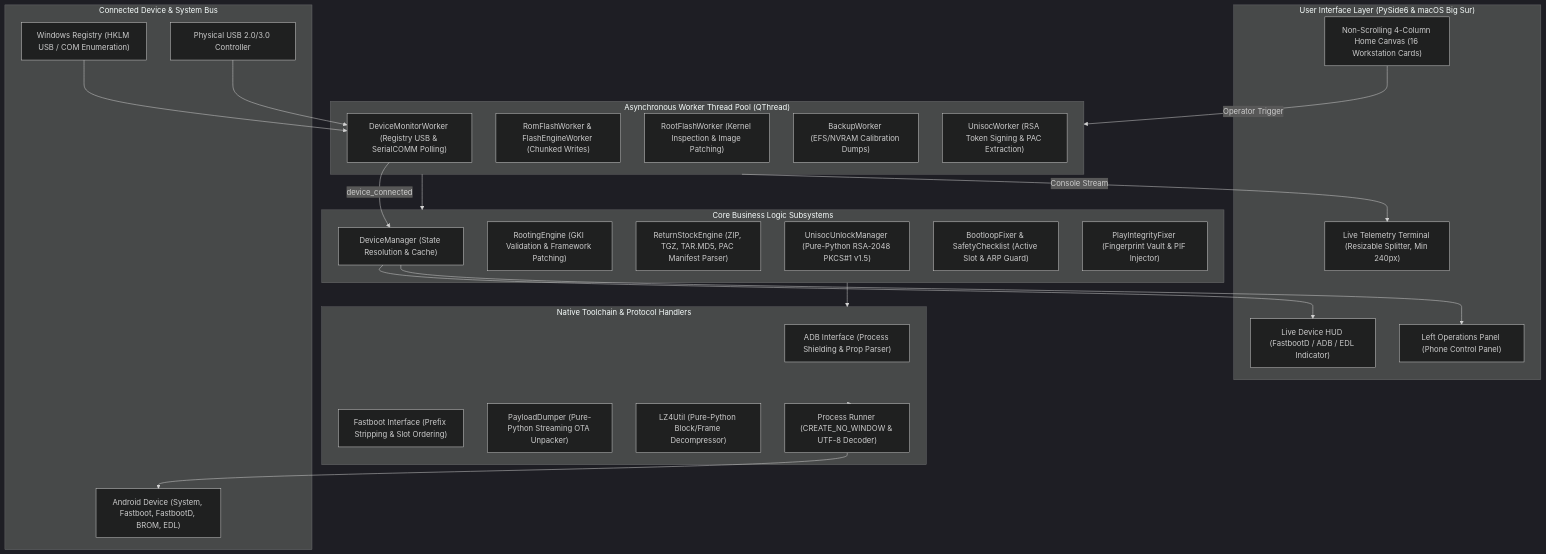
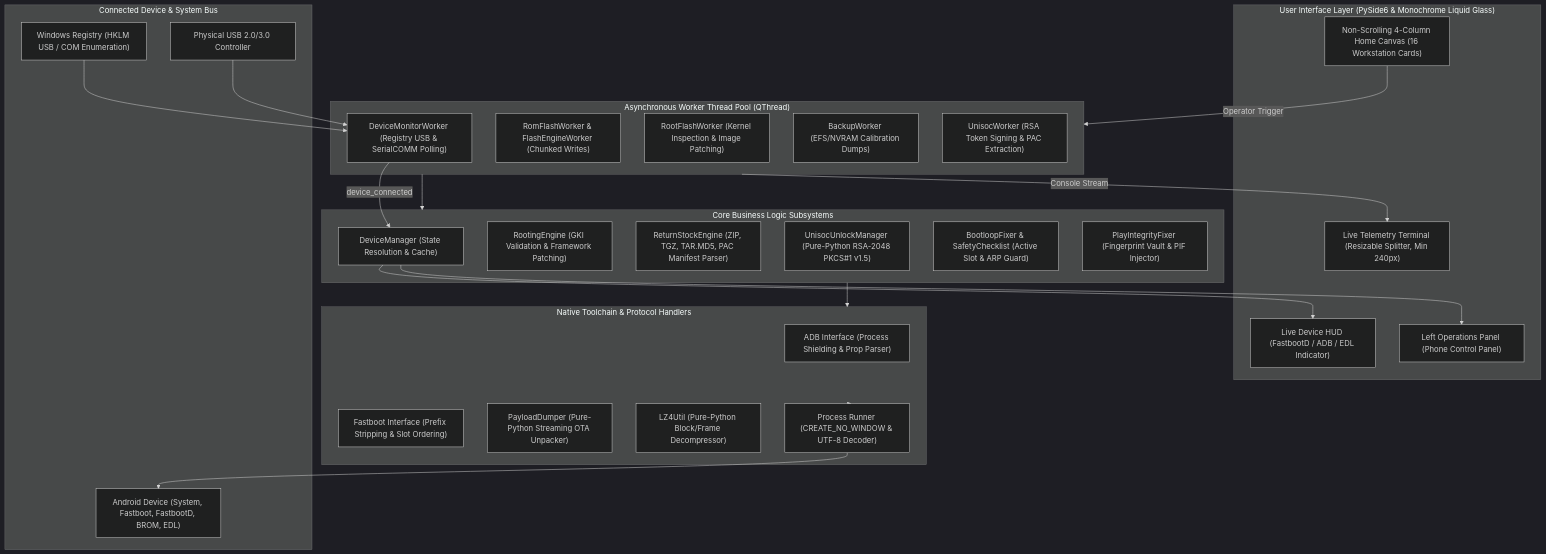
One commit to klein-sys/own-flasher changed the diagram in README.md. Above: the diagram before and after it, drawn with Mermaid (dark theme). The commit also changed other lines of this file and 87 other files, not shown here.

Commit message:
feat(v1.7.0): add Liquid Glass workstation and Windows source launcher

````diff
--- a/README.md
+++ b/README.md
@@ -86,53 +95,53 @@
 ```mermaid
 flowchart TD
-    subgraph UI_Layer["User Interface Layer (PySide6 & macOS Big Sur)"]
+    subgraph UI_Layer["User Interface Layer (PySide6 & Monochrome Liquid Glass)"]
         HUD["Live Device HUD (FastbootD / ADB / EDL Indicator)"]
         CANVAS["Non-Scrolling 4-Column Home Canvas (16 Workstation Cards)"]
         OPS["Left Operations Panel (Phone Control Panel)"]
         CONSOLE["Live Telemetry Terminal (Resizable Splitter, Min 240px)"]
     end
 
     subgraph Workers["Asynchronous Worker Thread Pool (QThread)"]
         DEV_MON["DeviceMonitorWorker (Registry USB & SerialCOMM Polling)"]
         FLASH_WRK["RomFlashWorker & FlashEngineWorker (Chunked Writes)"]
         ROOT_WRK["RootFlashWorker (Kernel Inspection & Image Patching)"]
         BACKUP_WRK["BackupWorker (EFS/NVRAM Calibration Dumps)"]
         UNISOC_WRK["UnisocWorker (RSA Token Signing & PAC Extraction)"]
     end
 
     subgraph Core_Engines["Core Business Logic Subsystems"]
         DEV_MGR["DeviceManager (State Resolution & Cache)"]
         ROOT_ENG["RootingEngine (GKI Validation & Framework Patching)"]
         STOCK_ENG["ReturnStockEngine (ZIP, TGZ, TAR.MD5, PAC Manifest Parser)"]
         UNISOC_ENG["UnisocUnlockManager (Pure-Python RSA-2048 PKCS#1 v1.5)"]
         RESCUE_ENG["BootloopFixer & SafetyChecklist (Active Slot & ARP Guard)"]
         INTEG_ENG["PlayIntegrityFixer (Fingerprint Vault & PIF Injector)"]
     end
 
     subgraph Toolchain["Native Toolchain & Protocol Handlers"]
         ADB_TOOL["ADB Interface (Process Shielding & Prop Parser)"]
         FB_TOOL["Fastboot Interface (Prefix Stripping & Slot Ordering)"]
         DUMPER["PayloadDumper (Pure-Python Streaming OTA Unpacker)"]
         LZ4_UTIL["LZ4Util (Pure-Python Block/Frame Decompressor)"]
         RUNNER["Process Runner (CREATE_NO_WINDOW & UTF-8 Decoder)"]
     end
 
     subgraph Hardware["Connected Device & System Bus"]
         WIN_REG["Windows Registry (HKLM USB / COM Enumeration)"]
         USB_BUS["Physical USB 2.0/3.0 Controller"]
         DEVICE["Android Device (System, Fastboot, FastbootD, BROM, EDL)"]
     end
 
     WIN_REG --> DEV_MON
     USB_BUS --> DEV_MON
     DEV_MON -->|device_connected| DEV_MGR
     DEV_MGR --> HUD
     DEV_MGR --> OPS
 
     CANVAS -->|Operator Trigger| Workers
     Workers --> Core_Engines
     Core_Engines --> Toolchain
     Toolchain --> RUNNER
     RUNNER --> DEVICE
     Workers -->|Console Stream| CONSOLE
 ```
````
